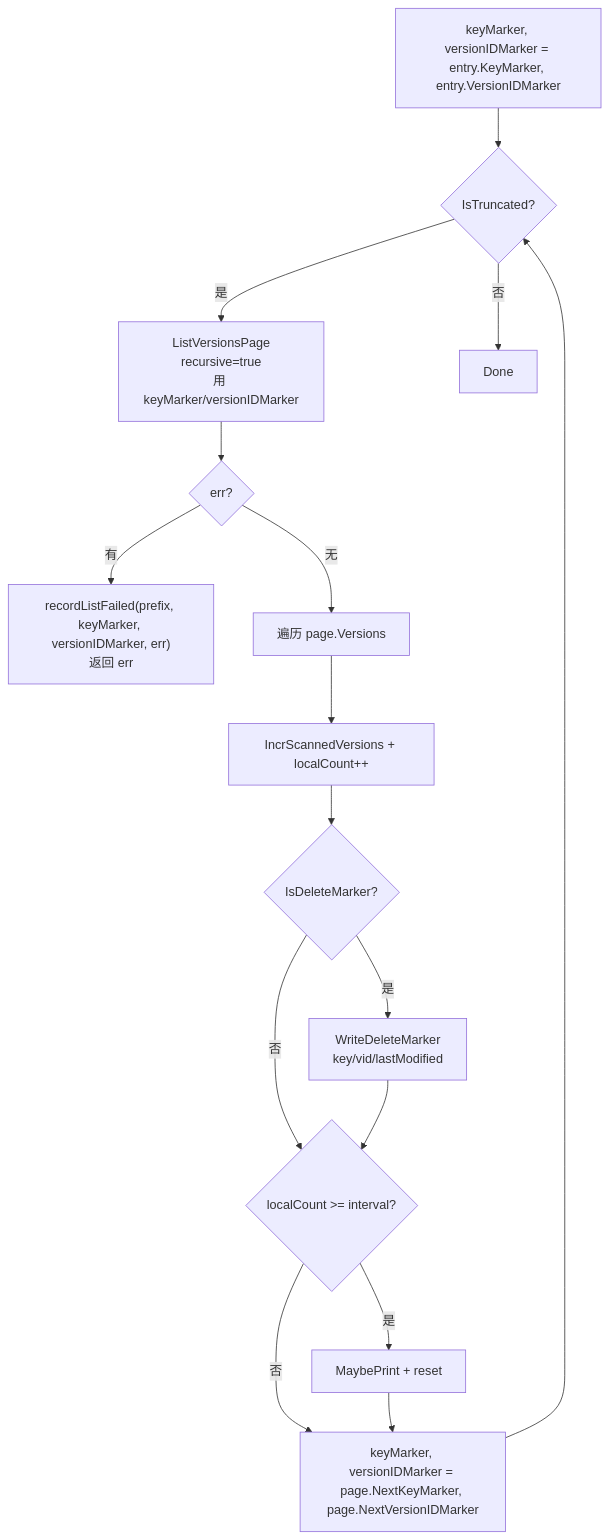
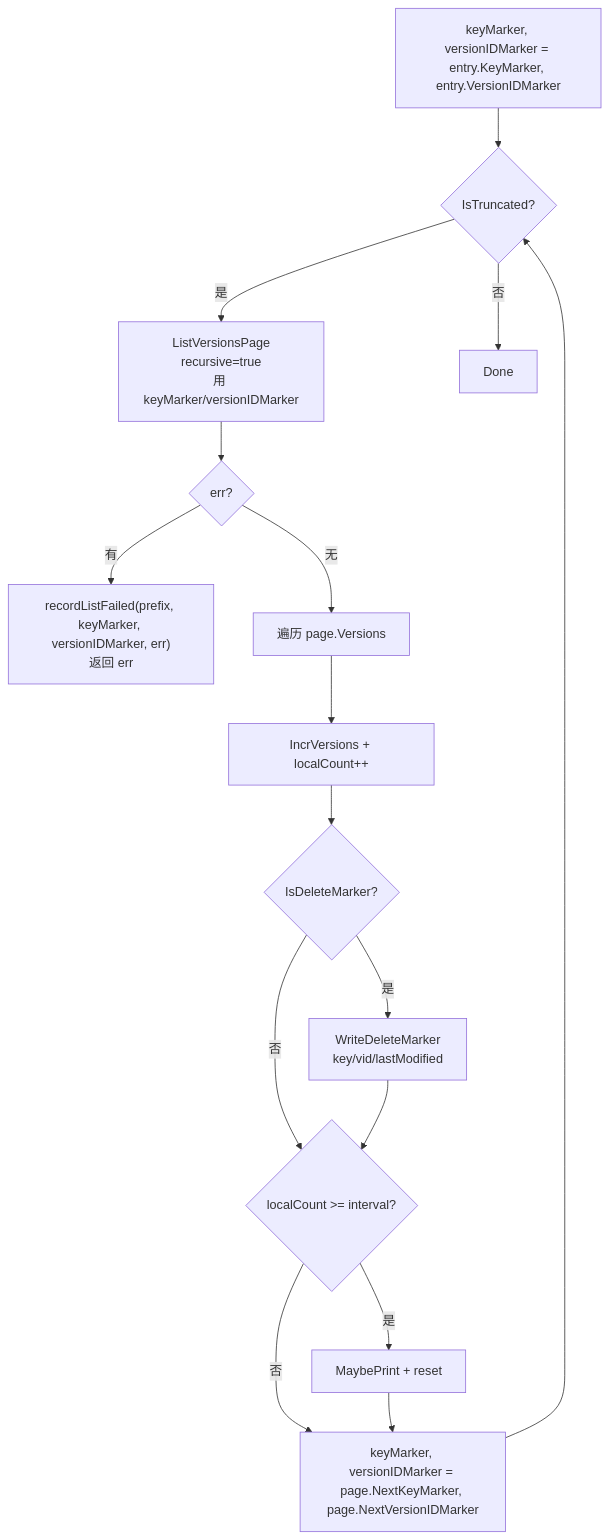
One commit to gengyuanzhe/chunked_check_tool changed the second of 3 diagrams in delete_marker_list_tool/AGENTS.md. Above: the diagram before and after it, drawn with Mermaid. The commit also changed other lines of this file and 8 other files, not shown here.

First line of the commit message:
feat(progress): count common_prefix toward threshold + add versions field

````diff
--- a/delete_marker_list_tool/AGENTS.md
+++ b/delete_marker_list_tool/AGENTS.md
@@ -56,18 +56,18 @@
 ```mermaid
 flowchart TD
     Init["keyMarker, versionIDMarker = entry.KeyMarker, entry.VersionIDMarker"] --> Loop{IsTruncated?}
     Loop -->|是| LV["ListVersionsPage<br/>recursive=true<br/>用 keyMarker/versionIDMarker"]
     LV --> Err{err?}
     Err -->|有| Failed["recordListFailed(prefix, keyMarker, versionIDMarker, err)<br/>返回 err"]
     Err -->|无| Iter[遍历 page.Versions]
-    Iter --> Count[IncrScannedVersions + localCount++]
+    Iter --> Count[IncrVersions + localCount++]
     Count --> IsDM{IsDeleteMarker?}
     IsDM -->|是| Write[WriteDeleteMarker<br/>key/vid/lastModified]
     IsDM -->|否| Thresh
     Write --> Thresh{localCount &gt;= interval?}
     Thresh -->|是| Print[MaybePrint + reset]
     Thresh -->|否| NextMarker
     Print --> NextMarker["keyMarker, versionIDMarker = page.NextKeyMarker, page.NextVersionIDMarker"]
     NextMarker --> Loop
     Loop -->|否| Done
 ```
````
